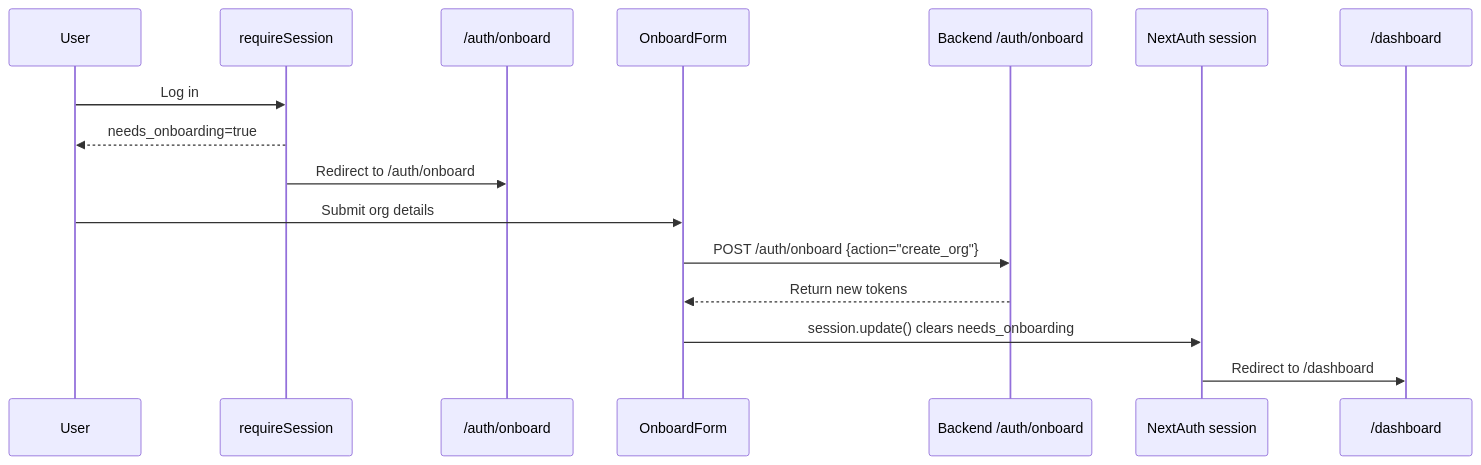
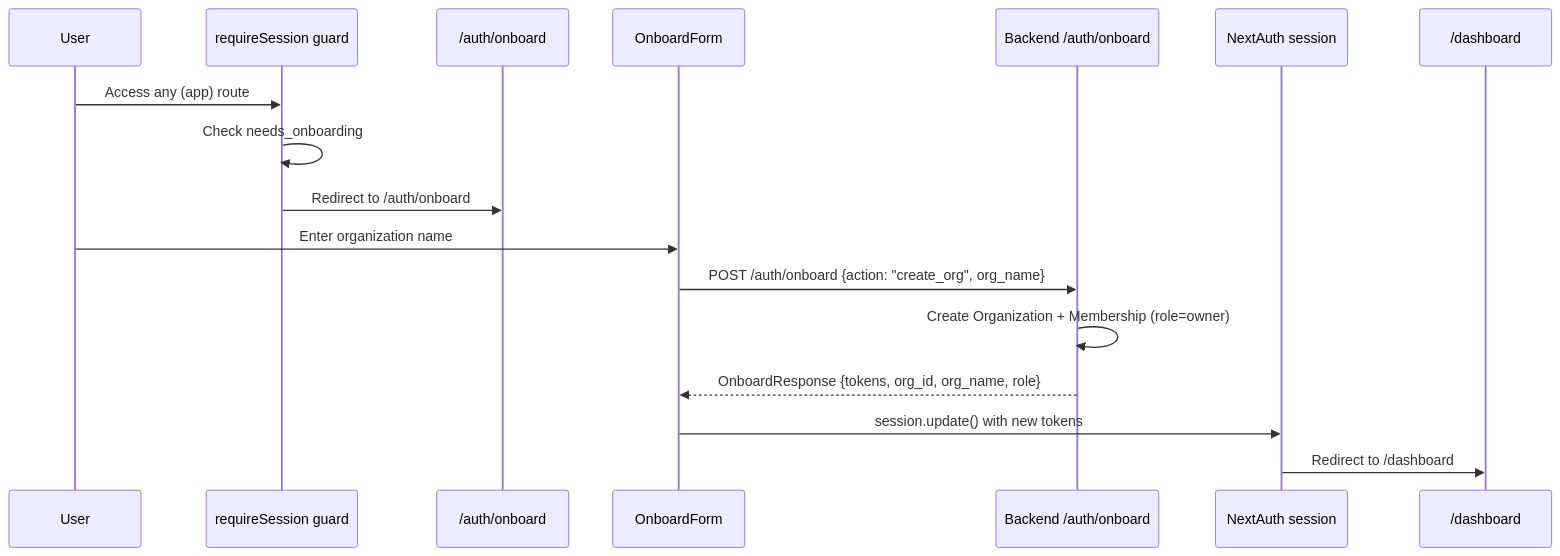
The seventh of 16 diagrams in docs/auth-system.md (full-chaos/dev-health-web), drawn with Mermaid before and after one commit. The commit also changed other lines of this file and 1 other file, not shown here.

First line of the commit message:
docs: add comprehensive user journey documentation with Mermaid diagrams

````diff
--- a/docs/auth-system.md
+++ b/docs/auth-system.md
@@ -133,19 +229,20 @@
 ```mermaid
 sequenceDiagram
     participant U as User
-    participant RS as requireSession
+    participant RS as requireSession guard
     participant O as /auth/onboard
     participant OF as OnboardForm
     participant B as Backend /auth/onboard
     participant S as NextAuth session
     participant D as /dashboard
 
-    U->>RS: Log in
-    RS-->>U: needs_onboarding=true
+    U->>RS: Access any (app) route
+    RS->>RS: Check needs_onboarding
     RS->>O: Redirect to /auth/onboard
-    U->>OF: Submit org details
-    OF->>B: POST /auth/onboard {action="create_org"}
-    B-->>OF: Return new tokens
-    OF->>S: session.update() clears needs_onboarding
+    U->>OF: Enter organization name
+    OF->>B: POST /auth/onboard {action: "create_org", org_name}
+    B->>B: Create Organization + Membership (role=owner)
+    B-->>OF: OnboardResponse {tokens, org_id, org_name, role}
+    OF->>S: session.update() with new tokens
     S->>D: Redirect to /dashboard
 ```
````
